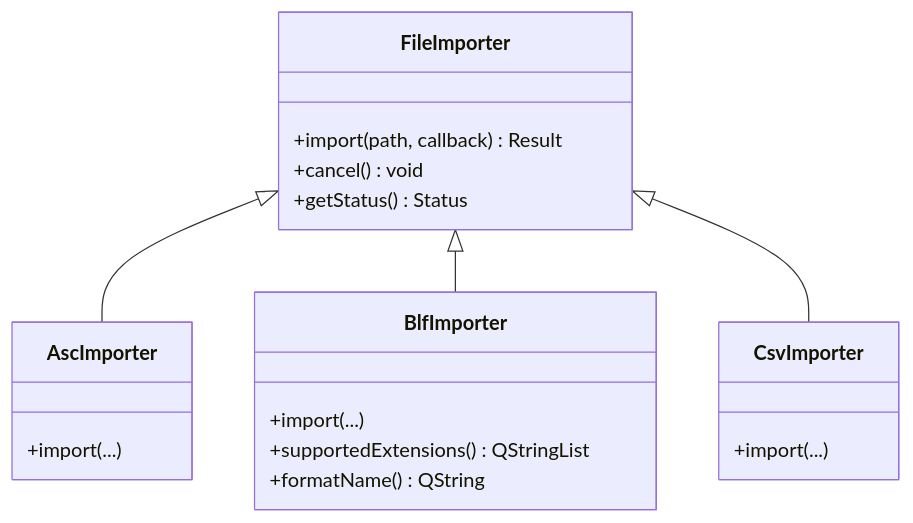
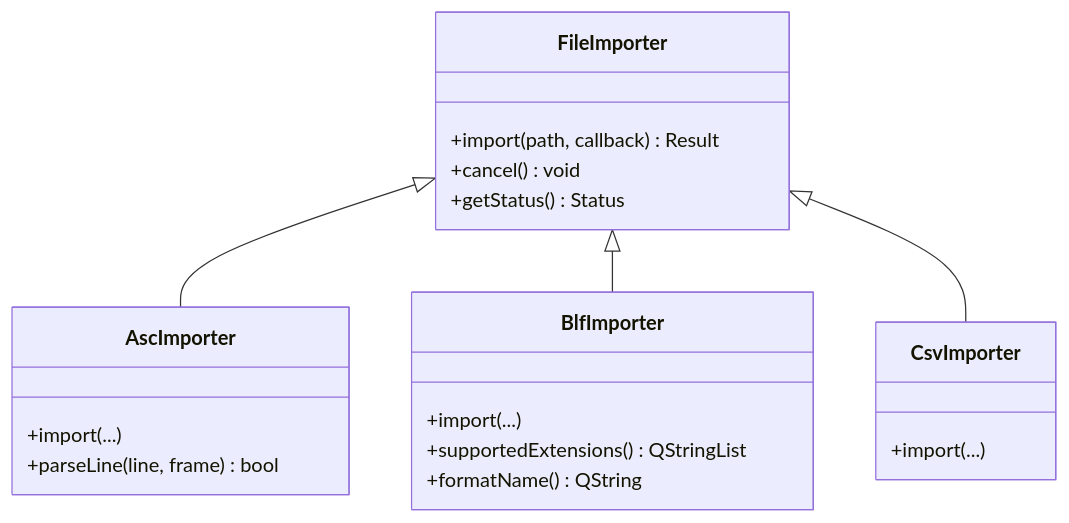
Before and after one commit to jakecai1225-design/OpenBus: the tenth of 11 diagrams in .qoder/repowiki/zh/content/核心模块详解/CAN文件IO系统.md, drawn with Mermaid. The commit also changed other lines of this file and 12 other files, not shown here.

Commit message:
graphic回放bug

````diff
--- a/.qoder/repowiki/zh/content/核心模块详解/CAN文件IO系统.md
+++ b/.qoder/repowiki/zh/content/核心模块详解/CAN文件IO系统.md
@@ -460,22 +478,23 @@
 ```mermaid
 classDiagram
 class FileImporter {
 +import(path, callback) Result
 +cancel() void
 +getStatus() Status
 }
 class AscImporter {
 +import(...)
++parseLine(line, frame) bool
 }
 class BlfImporter {
 +import(...)
 +supportedExtensions() QStringList
 +formatName() QString
 }
 class CsvImporter {
 +import(...)
 }
 FileImporter <|-- AscImporter
 FileImporter <|-- BlfImporter
 FileImporter <|-- CsvImporter
 ```
````
